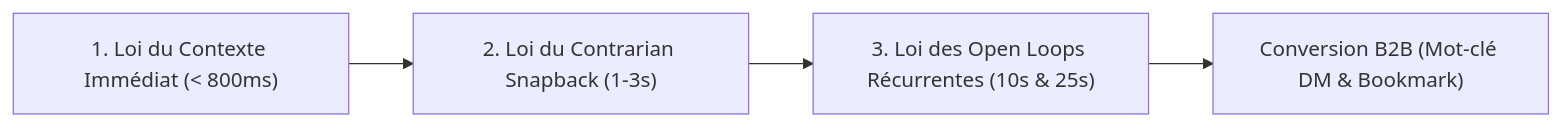
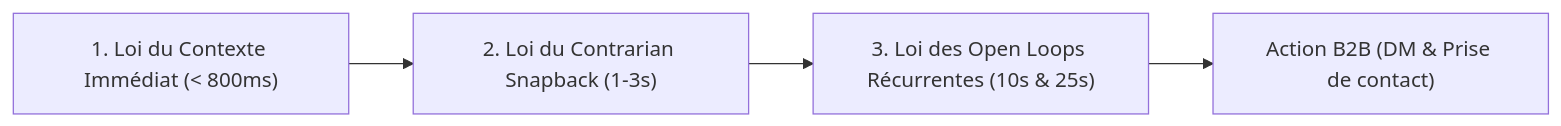
One commit to Kreesten-hsh/video changed the diagram in docs/VIRAL_CONTENT_ENGINE.md. Above: the diagram before and after it, drawn with Mermaid. The commit also changed other lines of this file and 46 other files, not shown here.

Commit message:
docs(linkedin): aligner le profil, les docs, les specs et graphify suite a la mise a jour de Profile.pdf

````diff
--- a/docs/VIRAL_CONTENT_ENGINE.md
+++ b/docs/VIRAL_CONTENT_ENGINE.md
@@ -24,6 +24,6 @@
 ```mermaid
 flowchart LR
     L1["1. Loi du Contexte Immédiat (< 800ms)"] --> L2["2. Loi du Contrarian Snapback (1-3s)"]
     L2 --> L3["3. Loi des Open Loops Récurrentes (10s & 25s)"]
-    L3 --> CONV["Conversion B2B (Mot-clé DM & Bookmark)"]
+    L3 --> CONV["Action B2B (DM & Prise de contact)"]
 ```
````
